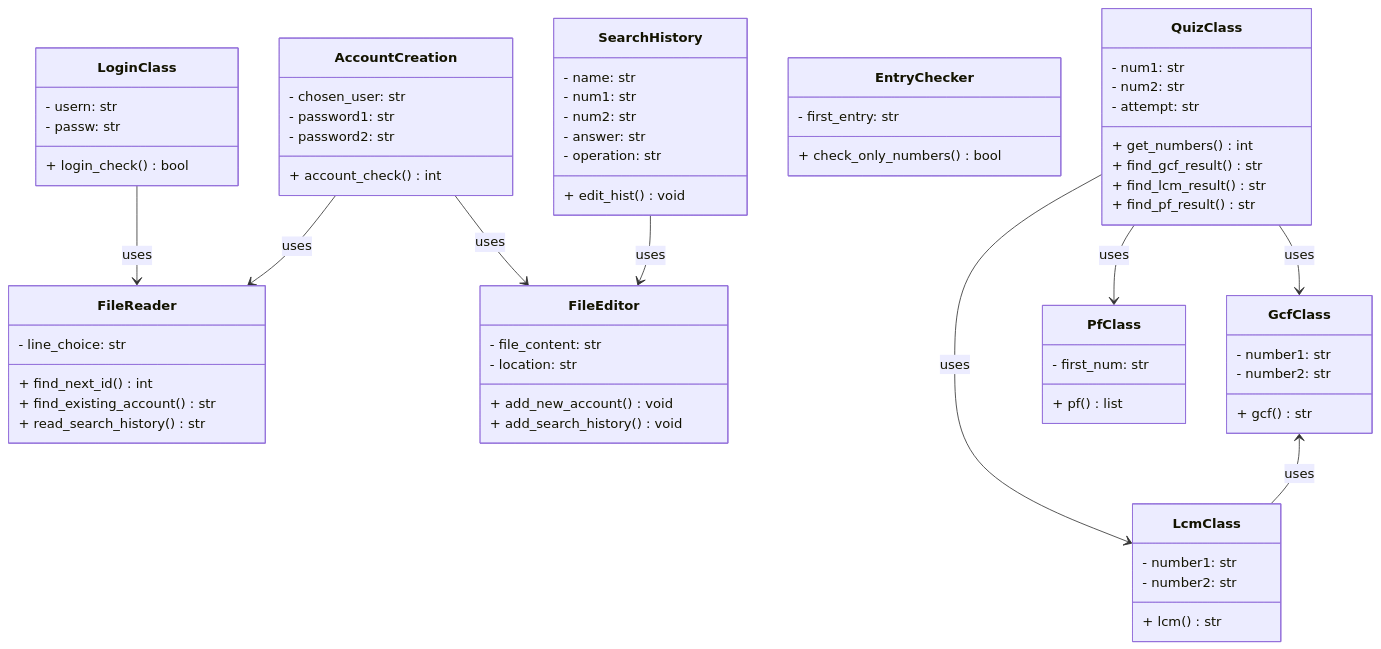
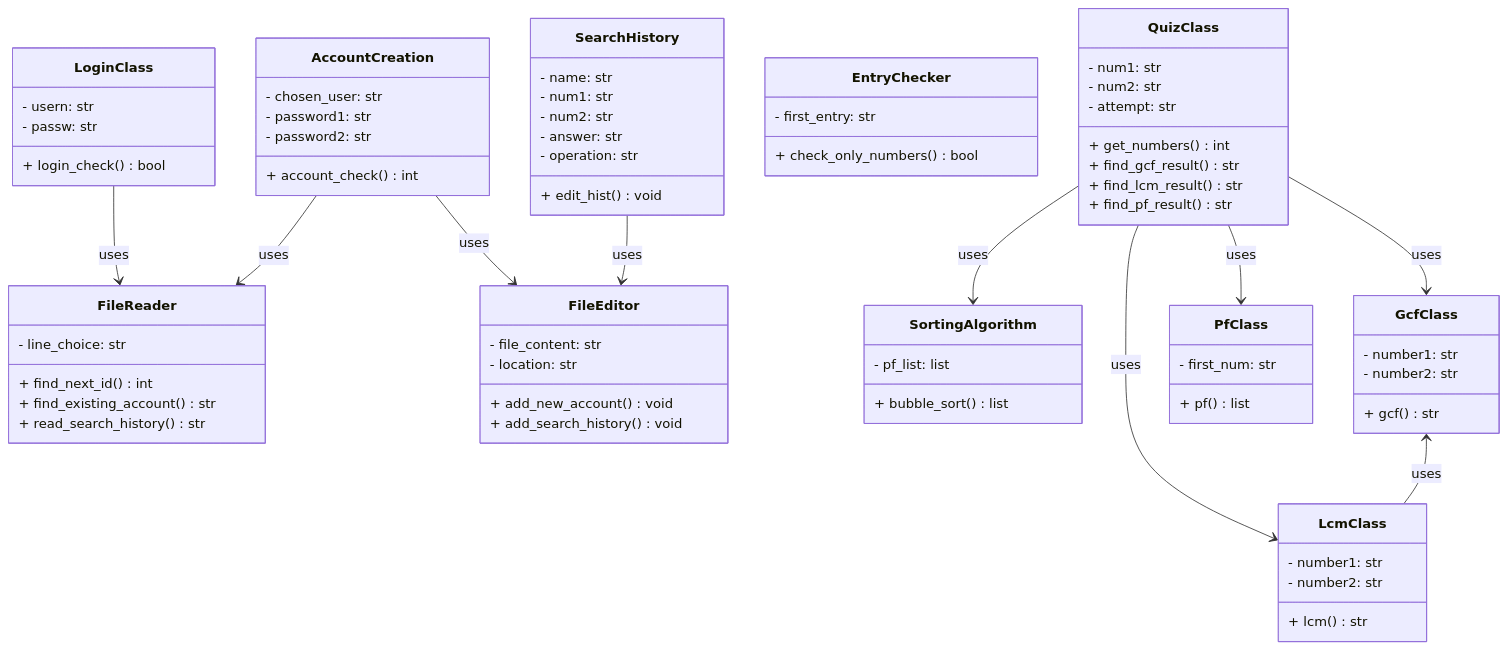
The first of 7 diagrams in dokumentaatio/arkkitehtuuri.md (SouperSalamander/ot-harjoitustyo), drawn with Mermaid before and after one commit. The commit also changed other lines of this file, not shown here.

````diff
--- a/dokumentaatio/arkkitehtuuri.md
+++ b/dokumentaatio/arkkitehtuuri.md
@@ -53,6 +53,11 @@
     + find_pf_result() str
   }
 
+  class SortingAlgorithm {
+    - pf_list: list
+    + bubble_sort() list
+}
+
   class GcfClass {
     - number1: str
     - number2: str
@@ -77,6 +82,7 @@
   QuizClass --> GcfClass: uses
   QuizClass --> LcmClass: uses
   QuizClass --> PfClass: uses
+  QuizClass --> SortingAlgorithm: uses
   GcfClass <-- LcmClass: uses
 
 ```
````
